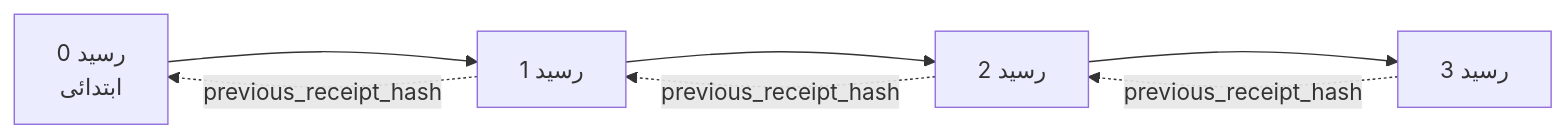
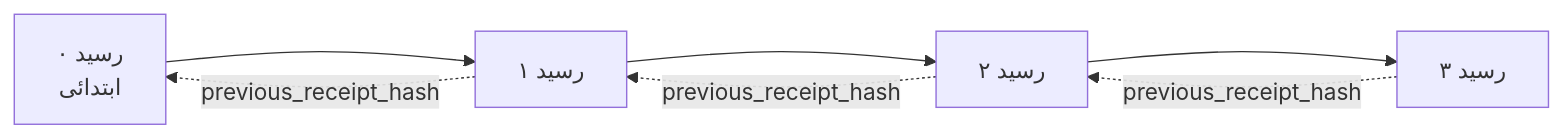
One commit to gabrielmoreira/agent-skills-mirror changed the second of 2 diagrams in mirrors/repos/microsoft@ai-agents-for-beginners/translations/ur/18-securing-ai-agents/README.md. Above: the diagram before and after it, drawn with Mermaid. The commit also changed other lines of this file and 8886 other files, not shown here.

````diff
--- a/mirrors/repos/microsoft@ai-agents-for-beginners/translations/ur/18-securing-ai-agents/README.md
+++ b/mirrors/repos/microsoft@ai-agents-for-beginners/translations/ur/18-securing-ai-agents/README.md
@@ -206,9 +206,9 @@
 ```mermaid
 flowchart LR
-    R0[رسید 0<br/>ابتدائی] --> R1[رسید 1]
-    R1 --> R2[رسید 2]
-    R2 --> R3[رسید 3]
+    R0[رسید ۰<br/>ابتدائی] --> R1[رسید ۱]
+    R1 --> R2[رسید ۲]
+    R2 --> R3[رسید ۳]
     R1 -. previous_receipt_hash .-> R0
     R2 -. previous_receipt_hash .-> R1
     R3 -. previous_receipt_hash .-> R2
 ```
````
